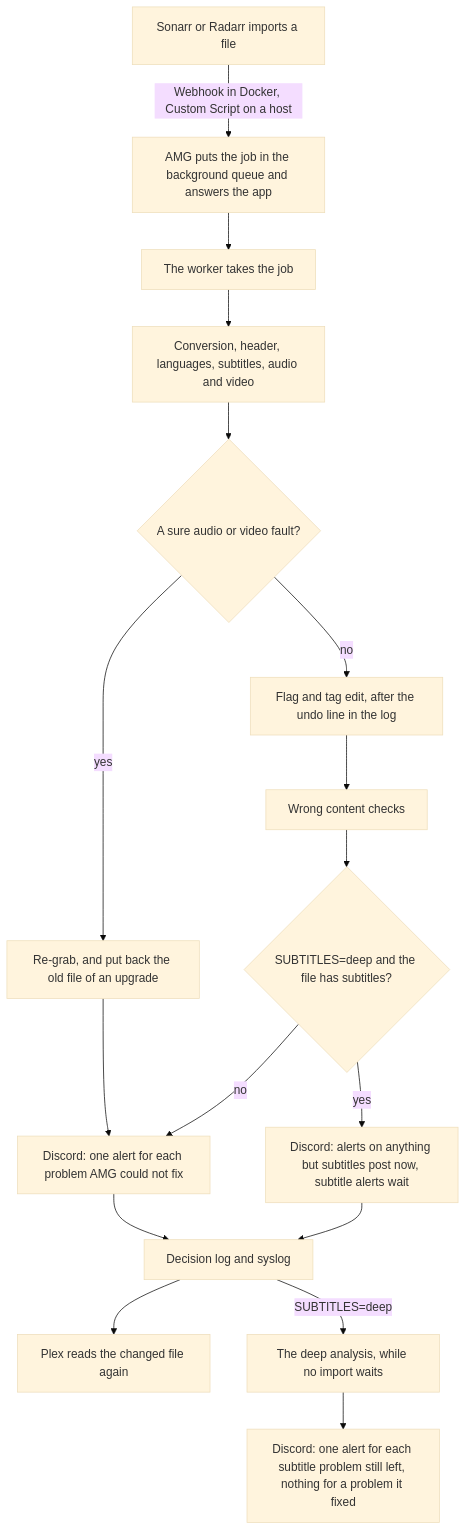
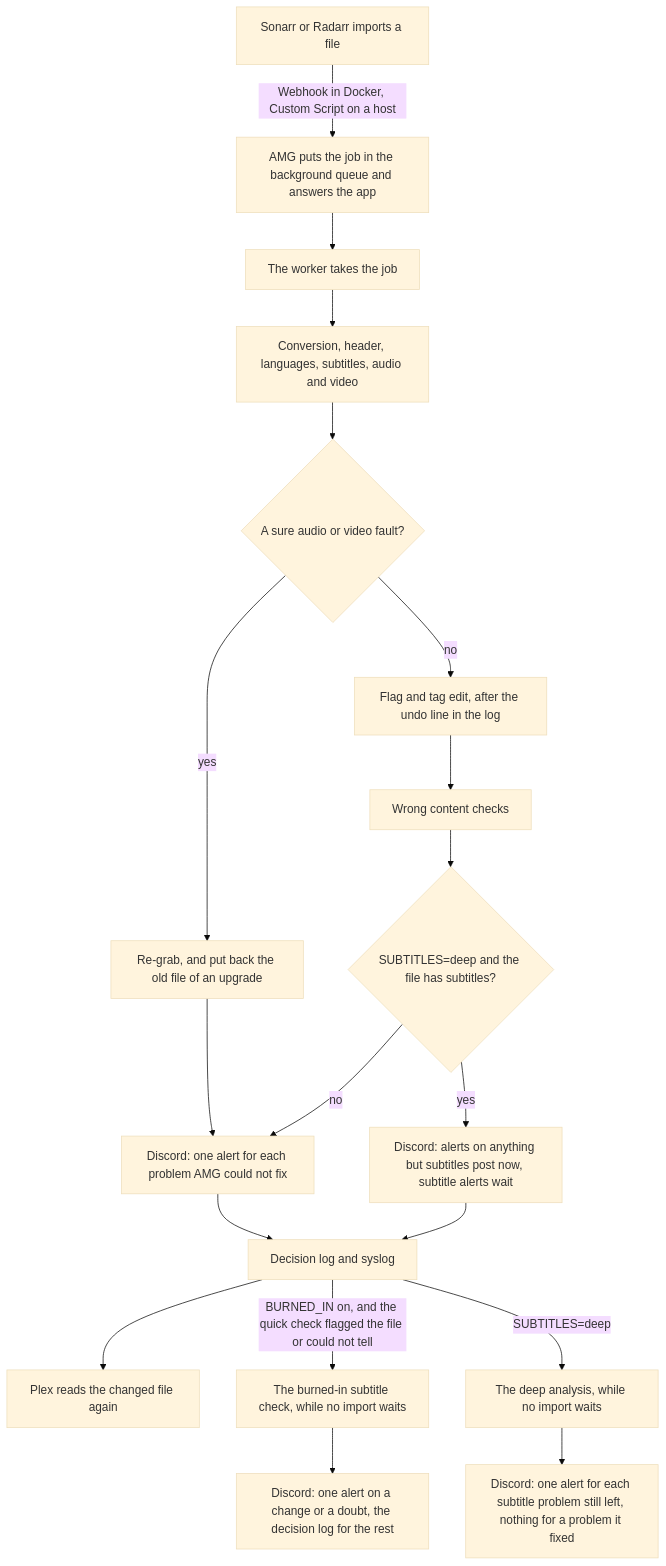
Before and after one commit to samwiseg0/arr-media-guard: the diagram in docs/how-it-works.md, drawn with Mermaid (base theme). The commit also changed other lines of this file and 26 other files, not shown here.

````diff
--- a/docs/how-it-works.md
+++ b/docs/how-it-works.md
@@ -23,20 +25,22 @@
 ```mermaid
 flowchart TD
     app["Sonarr or Radarr imports a file"]
     app -->|"Webhook in Docker, Custom Script on a host"| queue["AMG puts the job in the background queue and answers the app"]
     queue --> worker["The worker takes the job"]
     worker --> checks["Conversion, header, languages, subtitles, audio and video"]
     checks --> fault{"A sure audio or video fault?"}
     fault -->|"yes"| regrab["Re-grab, and put back the old file of an upgrade"]
     fault -->|"no"| edit["Flag and tag edit, after the undo line in the log"]
     edit --> content["Wrong content checks"]
     content --> follows{"SUBTITLES=deep and the file has subtitles?"}
     follows -->|"no"| alerts["Discord: one alert for each problem AMG could not fix"]
     follows -->|"yes"| hold["Discord: alerts on anything but subtitles post now, subtitle alerts wait"]
     regrab --> alerts
     alerts --> log["Decision log and syslog"]
     hold --> log
     log --> plex["Plex reads the changed file again"]
+    log -->|"BURNED_IN on, and the quick check flagged the file or could not tell"| burn["The burned-in subtitle check, while no import waits"]
+    burn --> burnalert["Discord: one alert on a change or a doubt, the decision log for the rest"]
     log -->|"SUBTITLES=deep"| deep["The deep analysis, while no import waits"]
     deep --> deepalert["Discord: one alert for each subtitle problem still left, nothing for a problem it fixed"]
 ```
````
